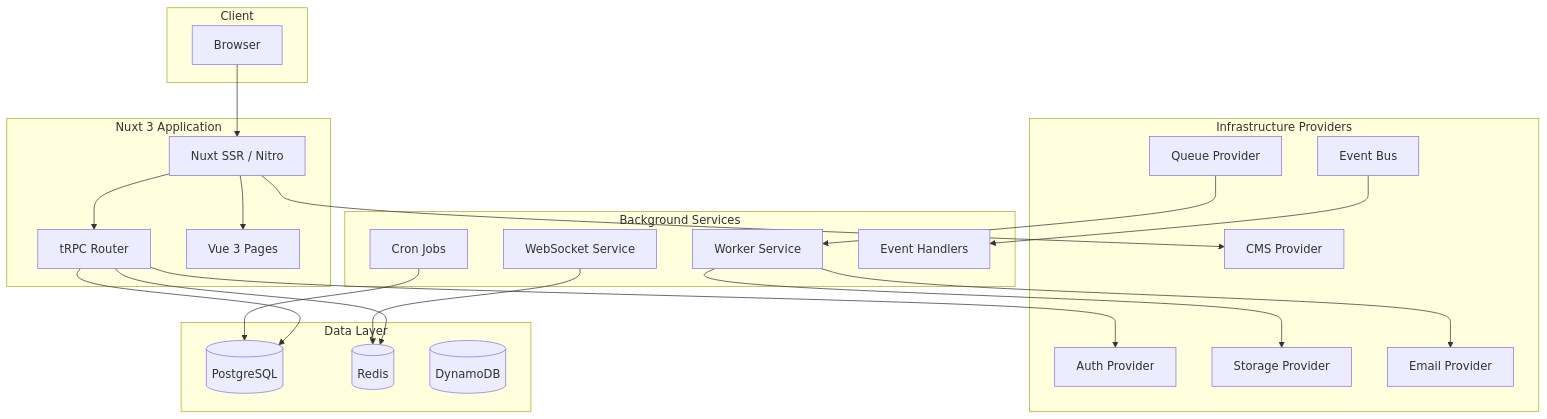
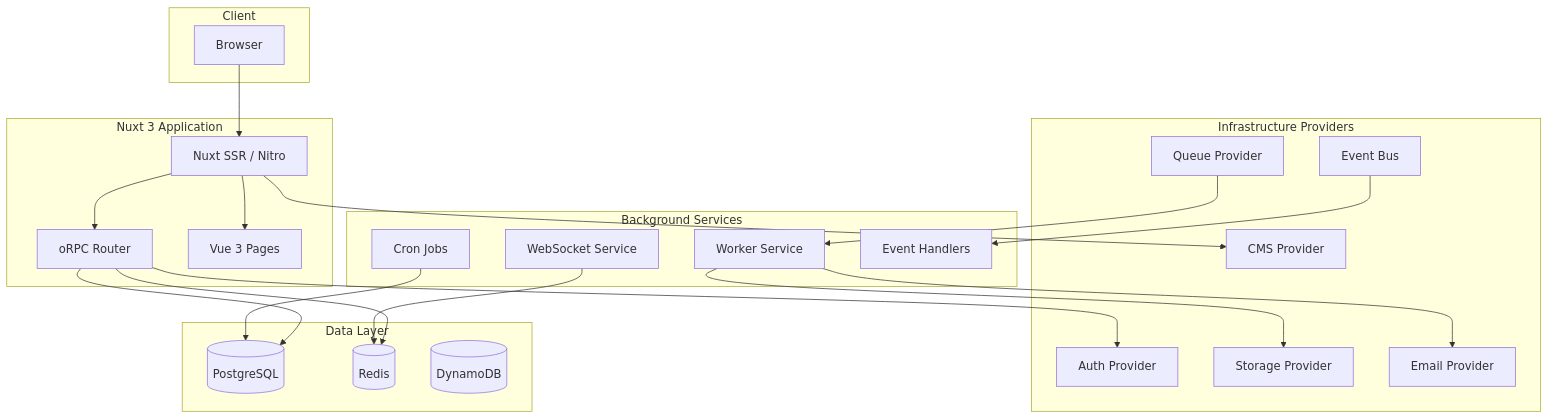
The first of 2 diagrams in docs/architecture.md (jbejenar/ripple-next), drawn with Mermaid before and after one commit. The commit also changed other lines of this file and 23 other files, not shown here.

First line of the commit message:
feat(api): migrate from tRPC to oRPC with OpenAPI 3.1.1 contracts (RN-046)

````diff
--- a/docs/architecture.md
+++ b/docs/architecture.md
@@ -8,48 +8,48 @@
 ```mermaid
 graph TB
     subgraph Client
         Browser[Browser]
     end
 
     subgraph "Nuxt 3 Application"
         SSR[Nuxt SSR / Nitro]
-        tRPC[tRPC Router]
+        API[oRPC Router]
         Pages[Vue 3 Pages]
     end
 
     subgraph "Infrastructure Providers"
         Auth[Auth Provider]
         CMS[CMS Provider]
         Queue[Queue Provider]
         Storage[Storage Provider]
         Email[Email Provider]
         Events[Event Bus]
     end
 
     subgraph "Data Layer"
         PG[(PostgreSQL)]
         Redis[(Redis)]
         DynamoDB[(DynamoDB)]
     end
 
     subgraph "Background Services"
         Worker[Worker Service]
         Cron[Cron Jobs]
         WS[WebSocket Service]
         EventHandlers[Event Handlers]
     end
 
     Browser --> SSR
-    SSR --> tRPC
+    SSR --> API
     SSR --> Pages
-    tRPC --> Auth
+    API --> Auth
     SSR --> CMS
-    tRPC --> PG
-    tRPC --> Redis
+    API --> PG
+    API --> Redis
     Queue --> Worker
     Events --> EventHandlers
     Worker --> Email
     Worker --> Storage
     Cron --> PG
     WS --> Redis
 ```
````
